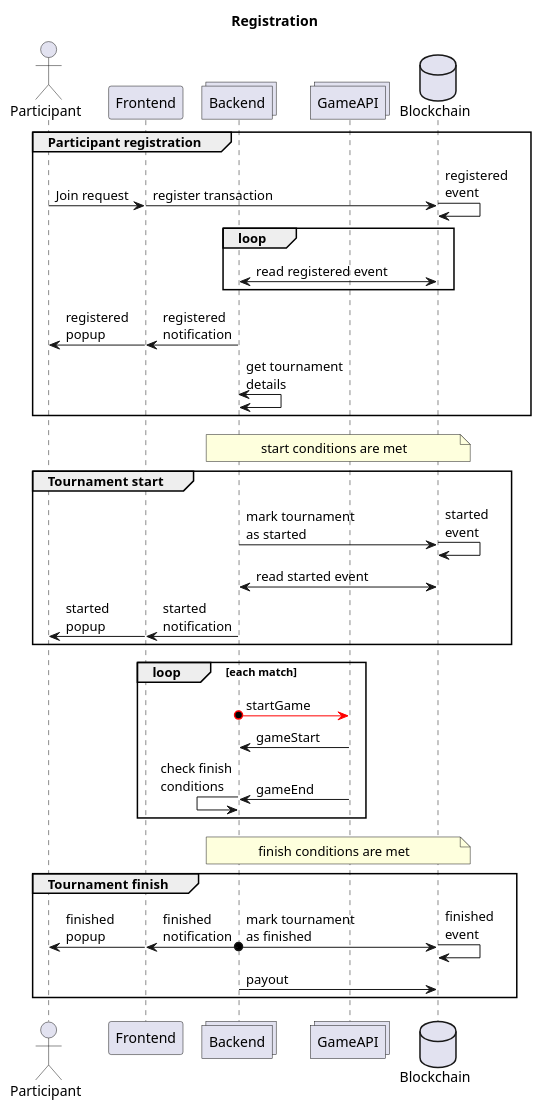
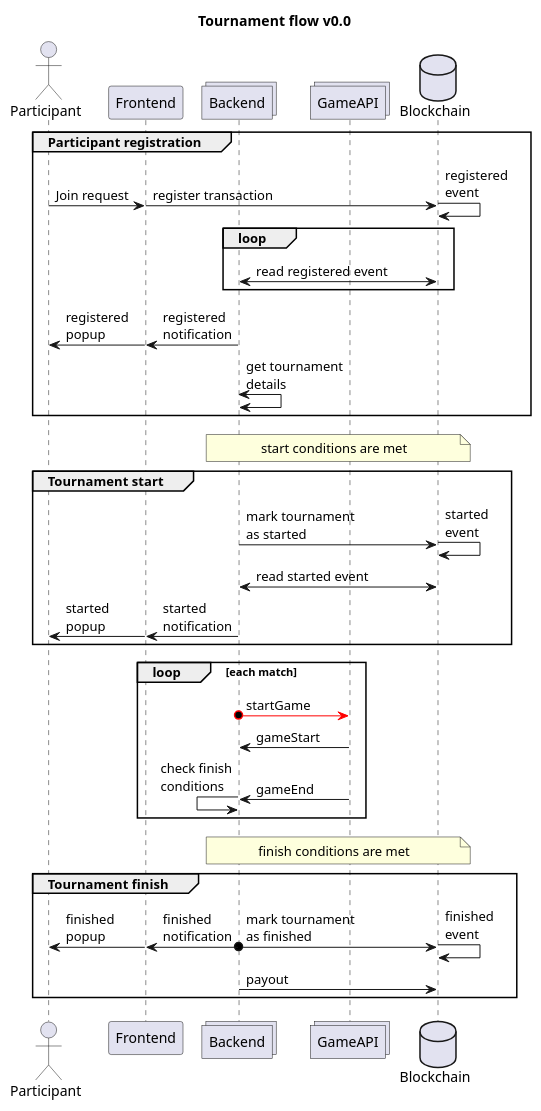
Before and after one commit to Genome-Labs/test-game: the diagram in tournament.puml, drawn with PlantUML. The commit also changed 5 other files, not shown here.

```diff
--- a/tournament.puml
+++ b/tournament.puml
@@ -4,65 +4,65 @@
-@startuml registration
+@startuml Tournament flow v0.0
 !pragma teoz true
-title Registration
+title Tournament flow v0.0
 actor Participant
 participant Frontend
 collections Backend
 collections GameAPI
 database Blockchain
 group Participant registration
     Participant -> Frontend: Join request
     & Frontend -> Blockchain: register transaction
     & Blockchain -> Blockchain: registered\nevent
     loop
         Blockchain <-> Backend: read registered event
         ' https://gitlab.ent-dx.com/disruption/dx-tournaments-service/-/blob/dev/src/modules/tournaments/controllers/tournament.controller.ts?ref_type=heads#L216
     end
     Backend -> Frontend: registered\nnotification
     ' https://gitlab.ent-dx.com/disruption/dx-tournaments-service/-/blob/dev/src/modules/tournaments/services/fast-flow/tournament.participants-register.service.ts?ref_type=heads#L118
     & Frontend -> Participant: registered\npopup
 ' end
 
 ' loop each tournament
     Backend <-> Backend: get tournament\ndetails
     ' https://gitlab.ent-dx.com/disruption/dx-tournaments-service/-/blob/dev/src/modules/tournaments/services/fast-flow/tournament.starting.service.ts?ref_type=heads#L64
     ' https://gitlab.ent-dx.com/disruption/dx-tournaments-service/-/blob/dev/src/modules/tournaments/consumers/tournaments.update-by-bc.consumer.ts?ref_type=heads#L72
 end
 note over Backend, Blockchain: start conditions are met
 
 group Tournament start
     ' https://gitlab.ent-dx.com/disruption/dx-tournaments-service/-/blob/dev/src/modules/tournaments/services/fast-flow/tournament.starting.service.ts?ref_type=heads#L147
     Backend -> Blockchain: mark tournament\nas started
     ' https://gitlab.ent-dx.com/disruption/dx-tournaments-service/-/blob/dev/src/modules/tournaments/services/fast-flow/tournament.starting.service.ts?ref_type=heads#L90
     & Blockchain -> Blockchain: started\nevent
     Blockchain <-> Backend: read started event
 
     Backend -> Frontend: started\nnotification
     & Frontend -> Participant: started\npopup
 end
 
 loop each match
     Backend o-[#red]> GameAPI: startGame
     'https://gitlab.ent-dx.com/disruption/dx-tournaments-service/-/blob/dev/src/modules/tournaments/services/fast-flow/matchmaking.creation.service.ts?ref_type=heads#L223
     GameAPI -> Backend: gameStart
     ' https://gitlab.ent-dx.com/disruption/dx-tournaments-service/-/blob/dev/src/modules/tournaments/controllers/match.controller.ts?ref_type=heads#L42
     GameAPI -> Backend: gameEnd
     ' https://gitlab.ent-dx.com/disruption/dx-tournaments-service/-/blob/dev/src/modules/tournaments/controllers/match.controller.ts?ref_type=heads#L34
     & Backend <- Backend: check finish\nconditions
 end
 
 note over Backend, Blockchain: finish conditions are met
 ' https://gitlab.ent-dx.com/disruption/dx-tournaments-service/-/blob/dev/src/modules/tournaments/services/fast-flow/matchmaking.ending.service.ts?ref_type=heads#L184
 
 
 group Tournament finish
     Backend o-> Blockchain: mark tournament\nas finished
     ' https://gitlab.ent-dx.com/disruption/dx-blockchain-service/-/blob/dev/src/controllers/call.controller.ts?ref_type=heads#L49
     ' https://gitlab.ent-dx.com/disruption/dx-tournaments-service/-/blob/dev/src/modules/tournaments/services/fast-flow/tournament.ending.service.ts?ref_type=heads#L140
     & Blockchain -> Blockchain: finished\nevent
     ' Blockchain -[#red]> Backend: read finished event
     & Backend -> Frontend: finished\nnotification
     & Frontend -> Participant: finished\npopup
     Backend -> Blockchain: payout
     ' https://gitlab.ent-dx.com/disruption/dx-tournaments-service/-/blob/dev/src/modules/tournaments/services/fast-flow/tournament.ending.service.ts?ref_type=heads#L76
 end
 @enduml
```
